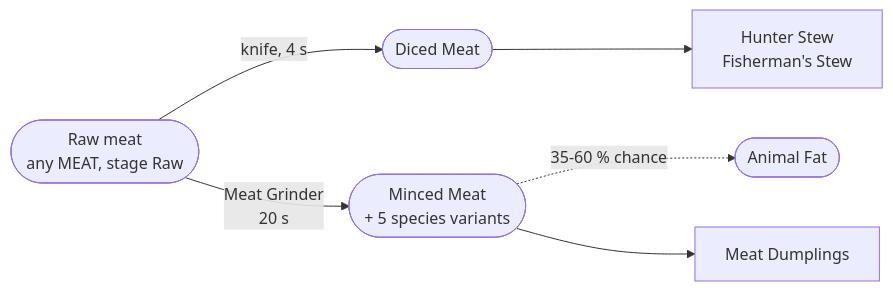
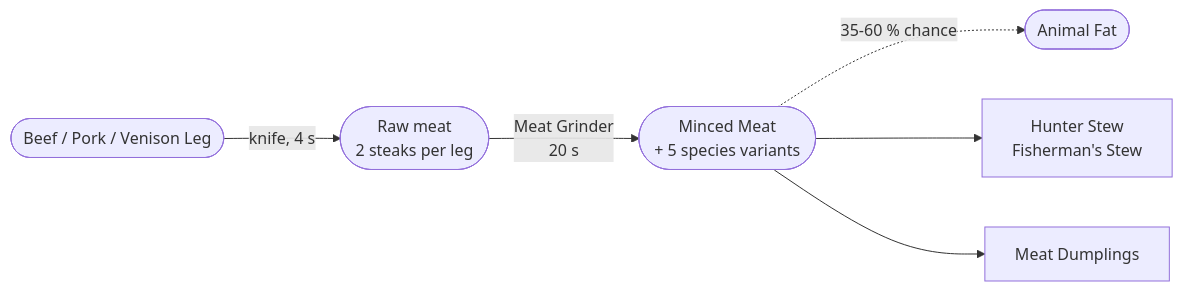
Before and after one commit to Psyern/Psyerns_ChefZ: the seventh of 13 diagrams in ChefZ_Wiki/Production-Chains.md, drawn with Mermaid. The commit also changed other lines of this file and 6 other files, not shown here.

````diff
--- a/ChefZ_Wiki/Production-Chains.md
+++ b/ChefZ_Wiki/Production-Chains.md
@@ -208,8 +217,8 @@
 ```mermaid
 graph LR
-  RM(["Raw meat<br/>any MEAT, stage Raw"]) -->|"knife, 4 s"| DM(["Diced Meat"])
+  LG(["Beef / Pork / Venison Leg"]) -->|"knife, 4 s"| RM(["Raw meat<br/>2 steaks per leg"])
   RM -->|"Meat Grinder<br/>20 s"| MM(["Minced Meat<br/>+ 5 species variants"])
   MM -.->|"35-60 % chance"| AF(["Animal Fat"])
-  DM --> ST["Hunter Stew<br/>Fisherman's Stew"]
+  MM --> ST["Hunter Stew<br/>Fisherman's Stew"]
   MM --> MD["Meat Dumplings"]
 ```
````
